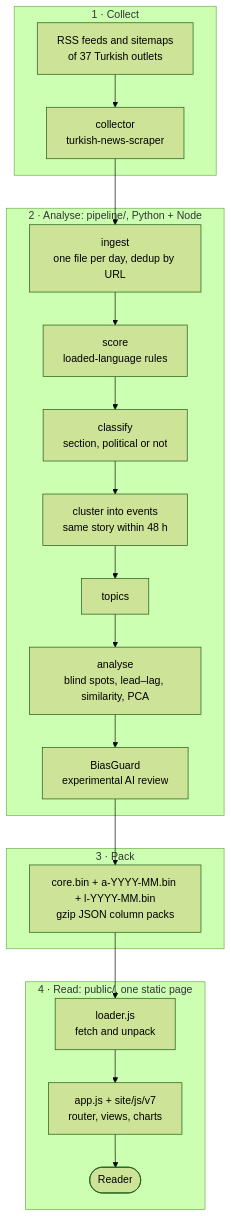
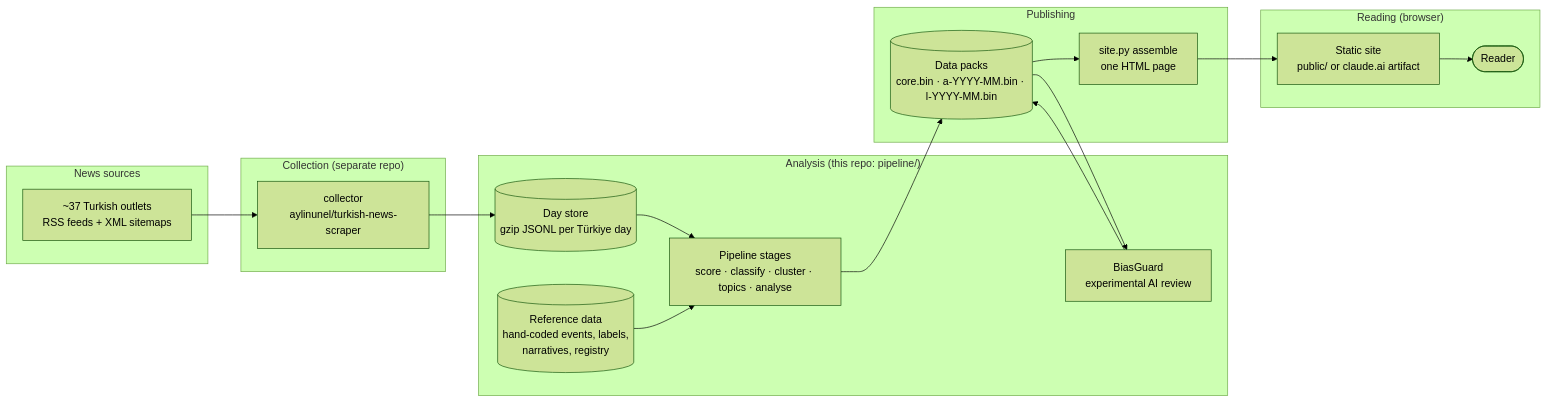
The second of 10 diagrams in README.md (aylinunel/caprazmansetnov26), drawn with Mermaid (forest theme) before and after one commit. The commit also changed other lines of this file, not shown here.

First line of the commit message:
docs: rewrite README around architecture diagrams

````diff
--- a/README.md
+++ b/README.md
@@ -174,23 +134,28 @@
 ```mermaid
-flowchart TB
-    subgraph collect ["1 · Collect"]
-        S["RSS feeds and sitemaps<br/>of 37 Turkish outlets"] --> C["collector<br/>turkish-news-scraper"]
+flowchart LR
+    subgraph sources ["News sources"]
+        OUT["~37 Turkish outlets<br/>RSS feeds + XML sitemaps"]
     end
-    subgraph pipe ["2 · Analyse: pipeline/, Python + Node"]
-        C --> I["ingest<br/>one file per day, dedup by URL"]
-        I --> SC["score<br/>loaded-language rules"]
-        SC --> CL["classify<br/>section, political or not"]
-        CL --> EV["cluster into events<br/>same story within 48 h"]
-        EV --> TO[topics]
-        TO --> AN["analyse<br/>blind spots, lead–lag, similarity, PCA"]
-        AN --> BG["BiasGuard<br/>experimental AI review"]
+    subgraph collect ["Collection (separate repo)"]
+        COL["collector<br/>aylinunel/turkish-news-scraper"]
     end
-    subgraph pack ["3 · Pack"]
-        BG --> P["core.bin + a-YYYY-MM.bin + l-YYYY-MM.bin<br/>gzip JSON column packs"]
+    subgraph analyse ["Analysis (this repo: pipeline/)"]
+        ST[("Day store<br/>gzip JSONL per Türkiye day")]
+        PIPE["Pipeline stages<br/>score · classify · cluster · topics · analyse"]
+        REF[("Reference data<br/>hand-coded events, labels,<br/>narratives, registry")]
+        BG["BiasGuard<br/>experimental AI review"]
     end
-    subgraph web ["4 · Read: public/, one static page"]
-        P --> L["loader.js<br/>fetch and unpack"]
-        L --> APP["app.js + site/js/v7<br/>router, views, charts"]
-        APP --> U([Reader])
+    subgraph publish ["Publishing"]
+        PACK[("Data packs<br/>core.bin · a-YYYY-MM.bin · l-YYYY-MM.bin")]
+        ASM["site.py assemble<br/>one HTML page"]
     end
+    subgraph read ["Reading (browser)"]
+        WEB["Static site<br/>public/ or claude.ai artifact"]
+        R([Reader])
+    end
+    OUT --> COL --> ST --> PIPE
+    REF --> PIPE
+    PIPE --> PACK
+    PACK --> BG --> PACK
+    PACK --> ASM --> WEB --> R
 ```
````
